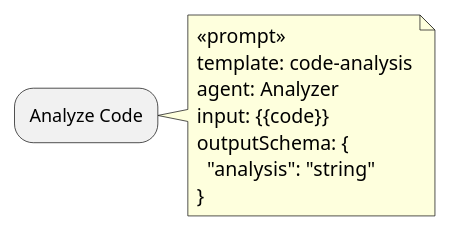
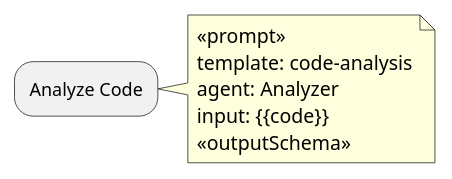
The third of 12 diagrams in docs/plantuml-workflow-schema.md (JuanToanXoup/copilot-api-minimal), drawn with PlantUML before and after one commit. The commit also changed other lines of this file, not shown here.

First line of the commit message:
Change outputSchema to <<outputSchema>> placeholder

````diff
--- a/docs/plantuml-workflow-schema.md
+++ b/docs/plantuml-workflow-schema.md
@@ -85,12 +85,10 @@
 ```plantuml
 :Analyze Code;
 note right
   <<prompt>>
   template: code-analysis
   agent: Analyzer
   input: {{code}}
-  outputSchema: {
-    "analysis": "string"
-  }
+  <<outputSchema>>
 end note
 ```
````
